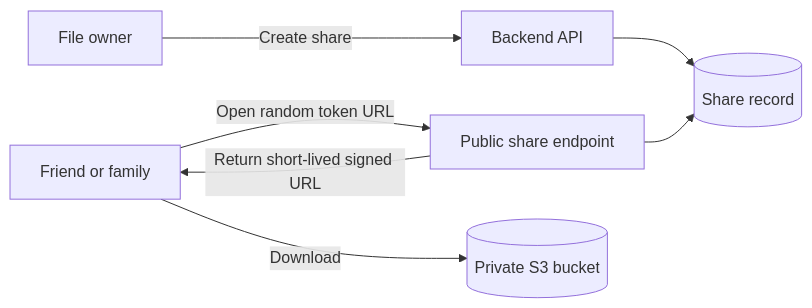
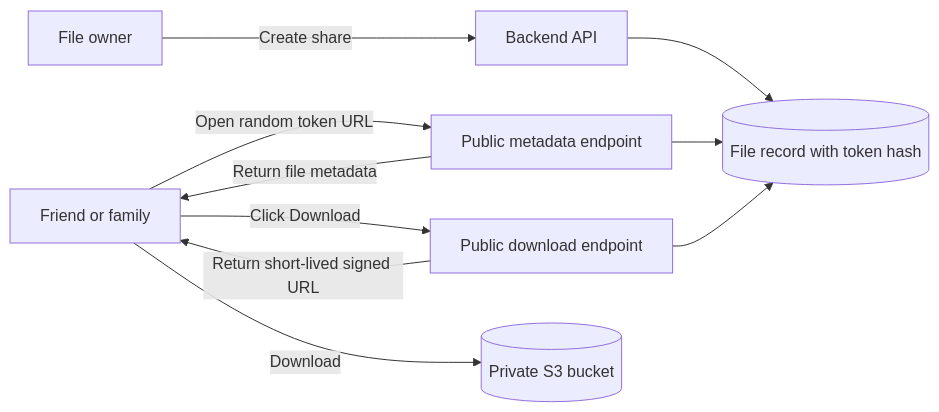
The fourth of 5 diagrams in docs/architecture.md (luojam/luja-cloud), drawn with Mermaid before and after one commit. The commit also changed other lines of this file and 44 other files, not shown here.

````diff
--- a/docs/architecture.md
+++ b/docs/architecture.md
@@ -144,9 +145,12 @@
 ```mermaid
 flowchart LR
     Owner[File owner] -->|Create share| API[Backend API]
-    API --> Share[(Share record)]
-    Guest[Friend or family] -->|Open random token URL| Public[Public share endpoint]
-    Public --> Share
-    Public -->|Return short-lived signed URL| Guest
+    API --> File[(File record with token hash)]
+    Guest[Friend or family] -->|Open random token URL| Metadata[Public metadata endpoint]
+    Metadata --> File
+    Metadata -->|Return file metadata| Guest
+    Guest -->|Click Download| Download[Public download endpoint]
+    Download --> File
+    Download -->|Return short-lived signed URL| Guest
     Guest -->|Download| S3[(Private S3 bucket)]
 ```
````
